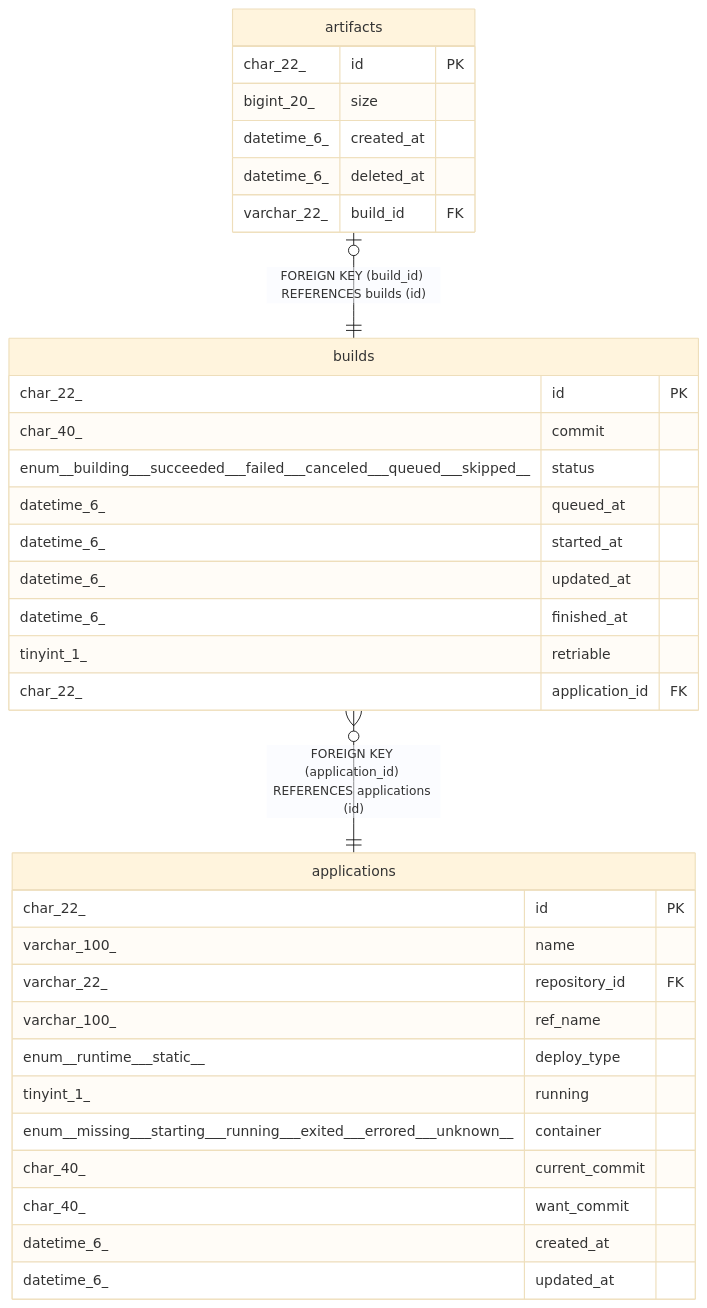
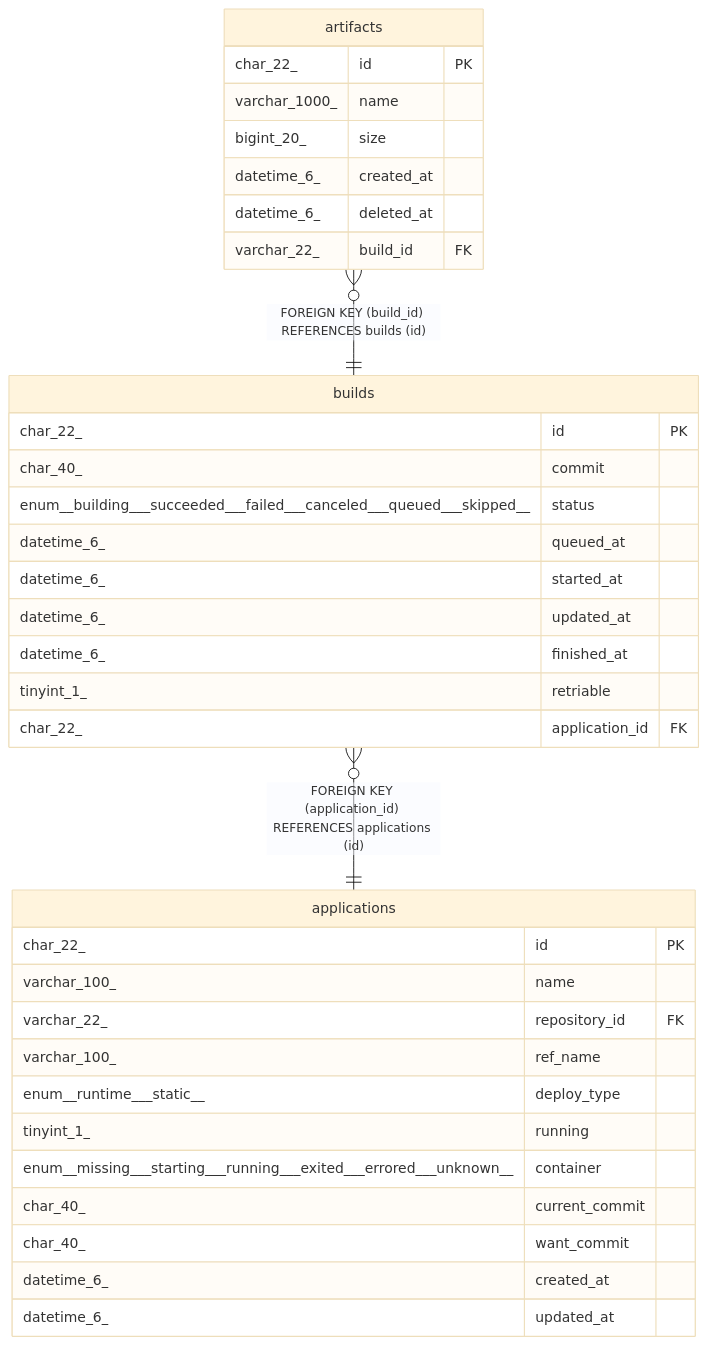
Before and after one commit to traPtitech/NeoShowcase: the diagram in docs/dbschema/builds.md, drawn with Mermaid (base theme). The commit also changed 34 other files, not shown here.

````diff
--- a/docs/dbschema/builds.md
+++ b/docs/dbschema/builds.md
@@ -61,38 +61,39 @@
 ```mermaid
 erDiagram
 
-"artifacts" |o--|| "builds" : "FOREIGN KEY (build_id) REFERENCES builds (id)"
+"artifacts" }o--|| "builds" : "FOREIGN KEY (build_id) REFERENCES builds (id)"
 "builds" }o--|| "applications" : "FOREIGN KEY (application_id) REFERENCES applications (id)"
 
 "builds" {
   char_22_ id PK
   char_40_ commit
   enum__building___succeeded___failed___canceled___queued___skipped__ status
   datetime_6_ queued_at
   datetime_6_ started_at
   datetime_6_ updated_at
   datetime_6_ finished_at
   tinyint_1_ retriable
   char_22_ application_id FK
 }
 "artifacts" {
   char_22_ id PK
+  varchar_1000_ name
   bigint_20_ size
   datetime_6_ created_at
   datetime_6_ deleted_at
   varchar_22_ build_id FK
 }
 "applications" {
   char_22_ id PK
   varchar_100_ name
   varchar_22_ repository_id FK
   varchar_100_ ref_name
   enum__runtime___static__ deploy_type
   tinyint_1_ running
   enum__missing___starting___running___exited___errored___unknown__ container
   char_40_ current_commit
   char_40_ want_commit
   datetime_6_ created_at
   datetime_6_ updated_at
 }
 ```
````
